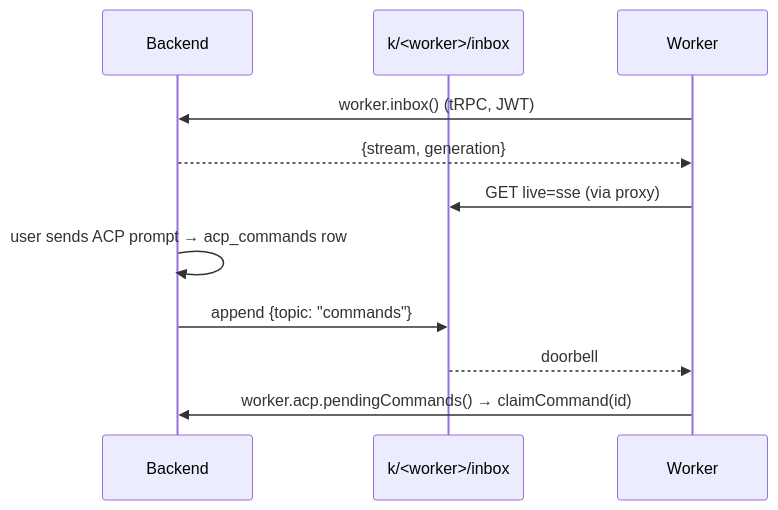
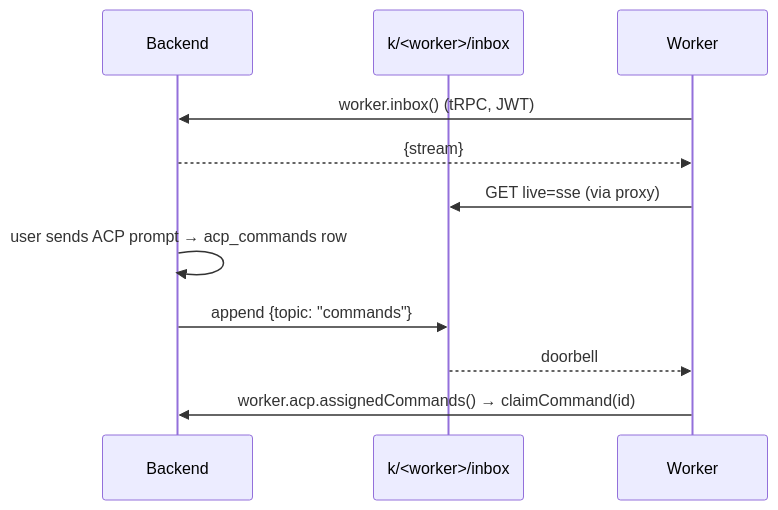
Before and after one commit to alkalines/Radium: the second of 2 diagrams in docs/Backend_Migration/Live_Data.md, drawn with Mermaid. The commit also changed other lines of this file and 96 other files, not shown here.

````diff
--- a/docs/Backend_Migration/Live_Data.md
+++ b/docs/Backend_Migration/Live_Data.md
@@ -141,13 +146,13 @@
 ```mermaid
 sequenceDiagram
     participant B as Backend
     participant DS as k/<worker>/inbox
     participant W as Worker
     W->>B: worker.inbox() (tRPC, JWT)
-    B-->>W: {stream, generation}
+    B-->>W: {stream}
     W->>DS: GET live=sse (via proxy)
     B->>B: user sends ACP prompt → acp_commands row
     B->>DS: append {topic: "commands"}
     DS-->>W: doorbell
-    W->>B: worker.acp.pendingCommands() → claimCommand(id)
+    W->>B: worker.acp.assignedCommands() → claimCommand(id)
 ```
````
